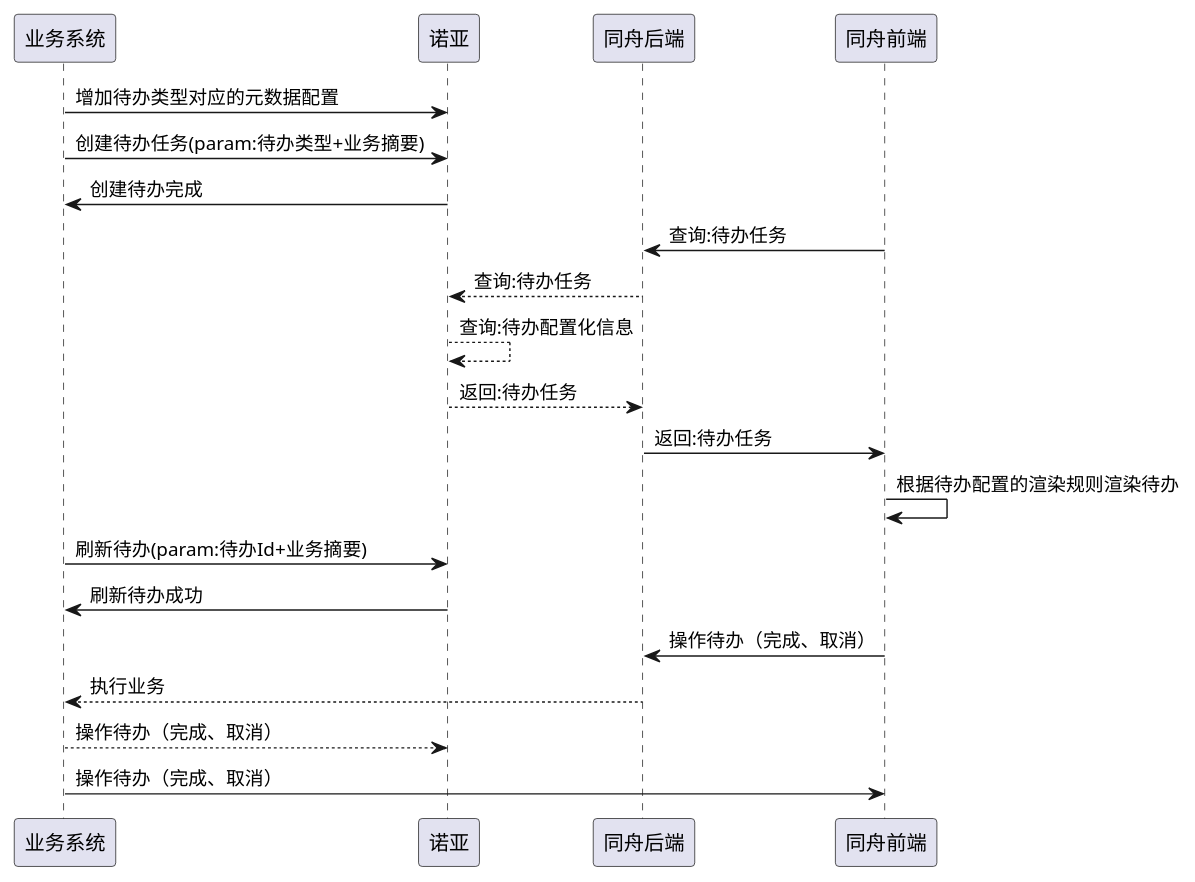
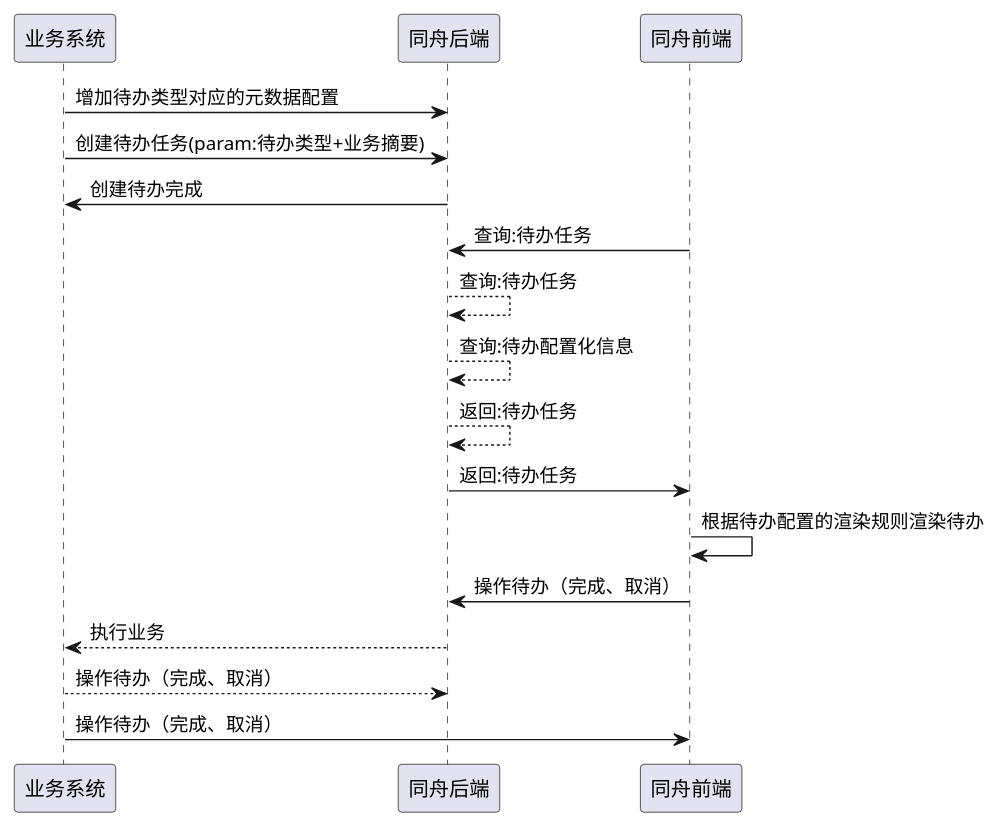
Before and after one commit to cmCAFEBABE/myProjects: the diagram in my_study/target/classes/同舟待办/同舟待办.puml, drawn with PlantUML. The commit also changed 190 other files, not shown here.

```diff
--- a/my_study/target/classes/同舟待办/同舟待办.puml
+++ b/my_study/target/classes/同舟待办/同舟待办.puml
@@ -1,18 +1,15 @@
 @startuml
-业务系统 -> 诺亚:增加待办类型对应的元数据配置
-业务系统 -> 诺亚: 创建待办任务(param:待办类型+业务摘要)
-诺亚->业务系统:创建待办完成
-
+业务系统 -> 同舟后端:增加待办类型对应的元数据配置
+业务系统 -> 同舟后端: 创建待办任务(param:待办类型+业务摘要)
+同舟后端->业务系统:创建待办完成
 同舟后端<-同舟前端:查询:待办任务
-同舟后端 --> 诺亚: 查询:待办任务
-诺亚 --> 诺亚:查询:待办配置化信息
-诺亚-->同舟后端:返回:待办任务
+同舟后端 --> 同舟后端: 查询:待办任务
+同舟后端 --> 同舟后端:查询:待办配置化信息
+同舟后端-->同舟后端:返回:待办任务
 同舟前端<-同舟后端:返回:待办任务
 同舟前端->同舟前端:根据待办配置的渲染规则渲染待办
-业务系统 -> 诺亚:刷新待办(param:待办Id+业务摘要)
-业务系统 <- 诺亚:刷新待办成功
 同舟前端->同舟后端:操作待办（完成、取消）
 同舟后端-->业务系统:执行业务
-业务系统-->诺亚:操作待办（完成、取消）
+业务系统-->同舟后端:操作待办（完成、取消）
 同舟前端<-业务系统:操作待办（完成、取消）
 @enduml
```
